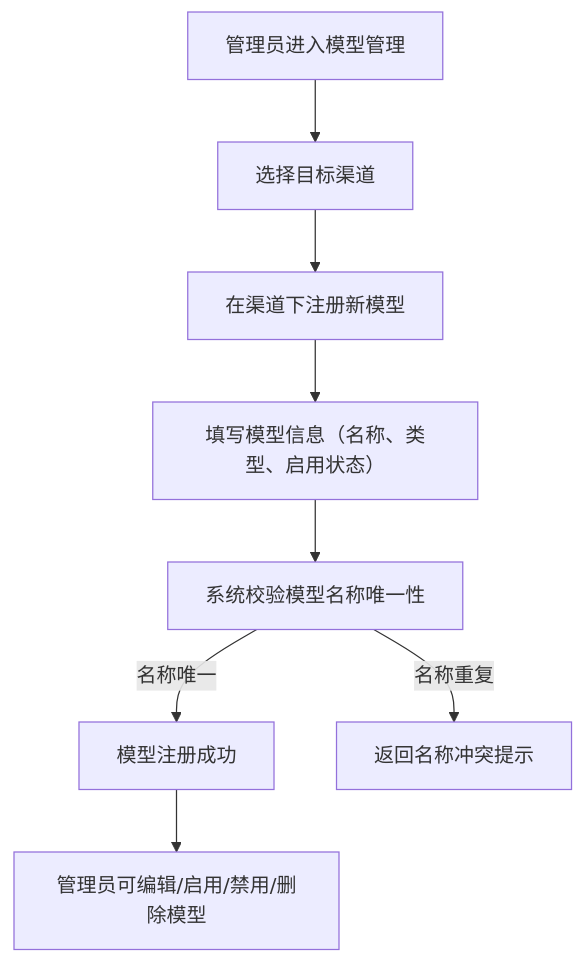
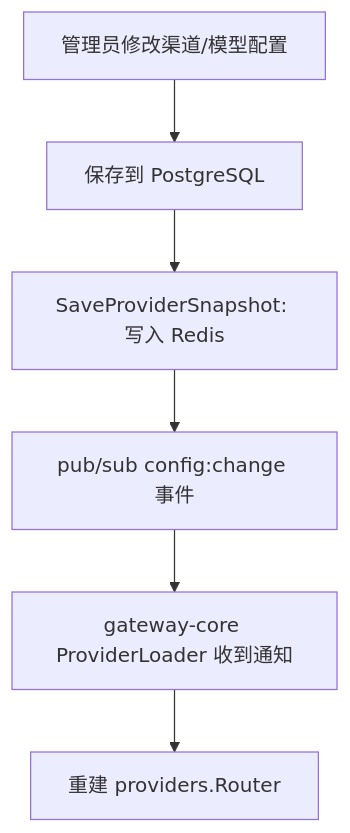
One commit to achieve-jsy/llm-gateway changed the first of 3 diagrams in xspec/modules/control-plane/spec.md. Above: the diagram before and after it, drawn with Mermaid. The commit also changed other lines of this file and 236 other files, not shown here.

````diff
--- a/xspec/modules/control-plane/spec.md
+++ b/xspec/modules/control-plane/spec.md
@@ -84,10 +71,8 @@
 ```mermaid
 flowchart TD
-    A["管理员进入模型管理"] --> B["选择目标渠道"]
-    B --> C["在渠道下注册新模型"]
-    C --> D["填写模型信息（名称、类型、启用状态）"]
-    D --> E["系统校验模型名称唯一性"]
-    E -->|名称唯一| F["模型注册成功"]
-    E -->|名称重复| G["返回名称冲突提示"]
-    F --> H["管理员可编辑/启用/禁用/删除模型"]
+    A["管理员修改渠道/模型配置"] --> B["保存到 PostgreSQL"]
+    B --> C["SaveProviderSnapshot: 写入 Redis"]
+    C --> D["pub/sub config:change 事件"]
+    D --> E["gateway-core ProviderLoader 收到通知"]
+    E --> F["重建 providers.Router"]
 ```
````
